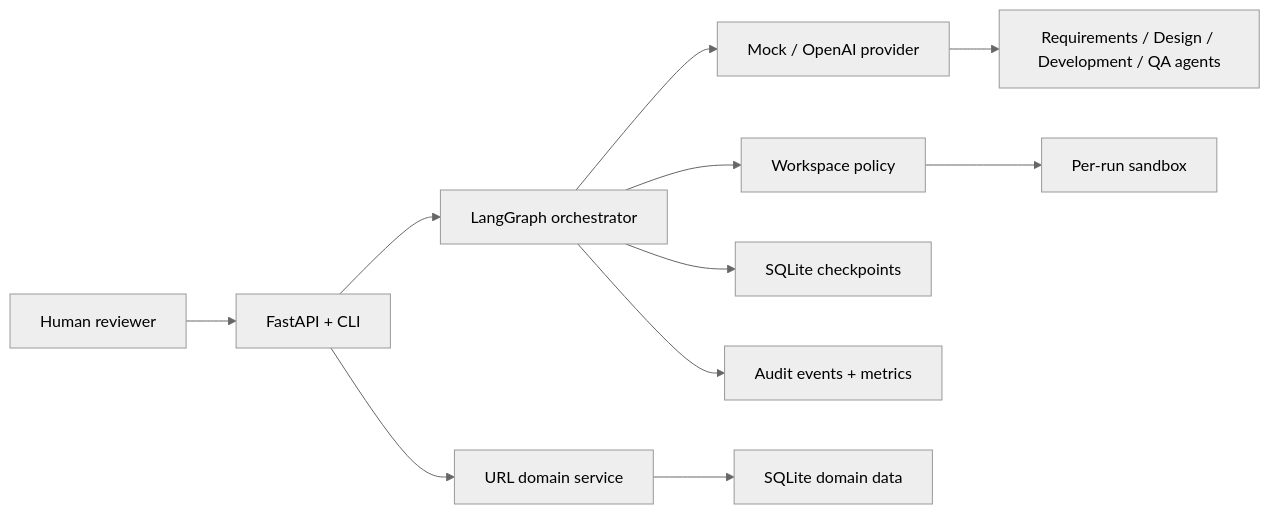
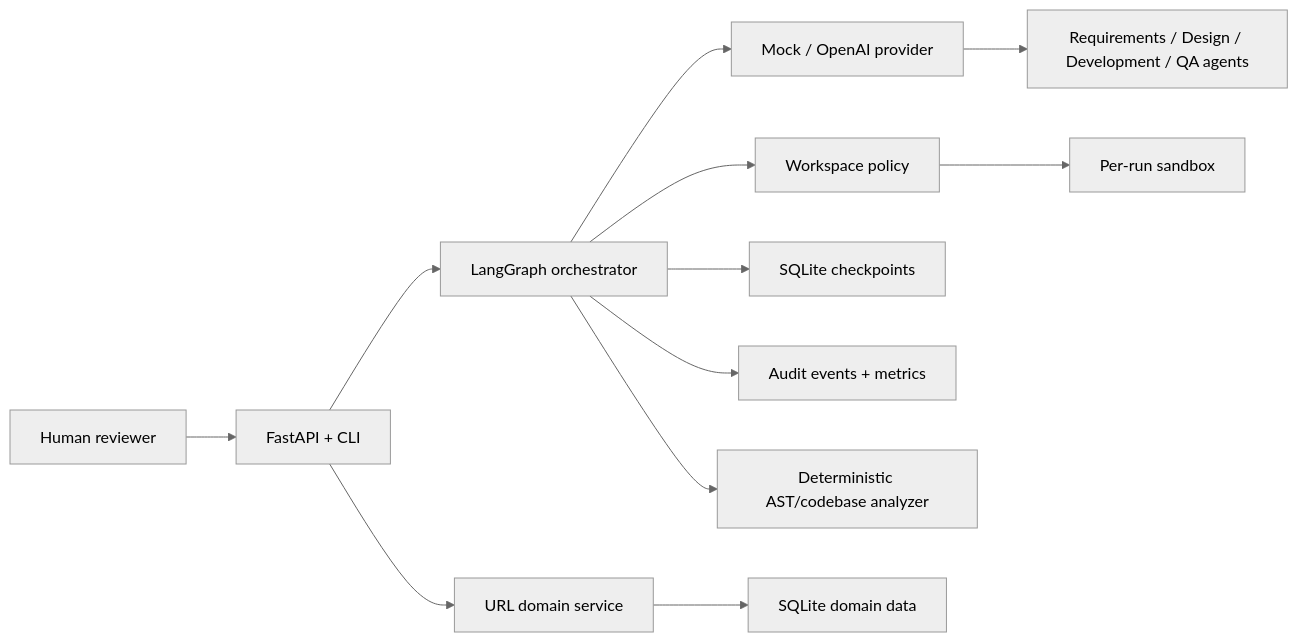
The first of 2 diagrams in docs/architecture.md (rc1208/agent-orchestration-url-shortner), drawn with Mermaid (neutral theme) before and after one commit. The commit also changed other lines of this file and 8 other files, not shown here.

````diff
--- a/docs/architecture.md
+++ b/docs/architecture.md
@@ -5,13 +5,14 @@
 ```mermaid
 flowchart LR
   Human["Human reviewer"] --> API["FastAPI + CLI"]
   API --> Graph["LangGraph orchestrator"]
   API --> URL["URL domain service"]
   Graph --> Provider["Mock / OpenAI provider"]
   Provider --> Agents["Requirements / Design / Development / QA agents"]
   Graph --> Policy["Workspace policy"]
   Graph --> Checkpoints["SQLite checkpoints"]
   Graph --> Audit["Audit events + metrics"]
+  Graph --> Analyzer["Deterministic AST/codebase analyzer"]
   URL --> SQLite["SQLite domain data"]
   Policy --> Sandbox["Per-run sandbox"]
 ```
````
